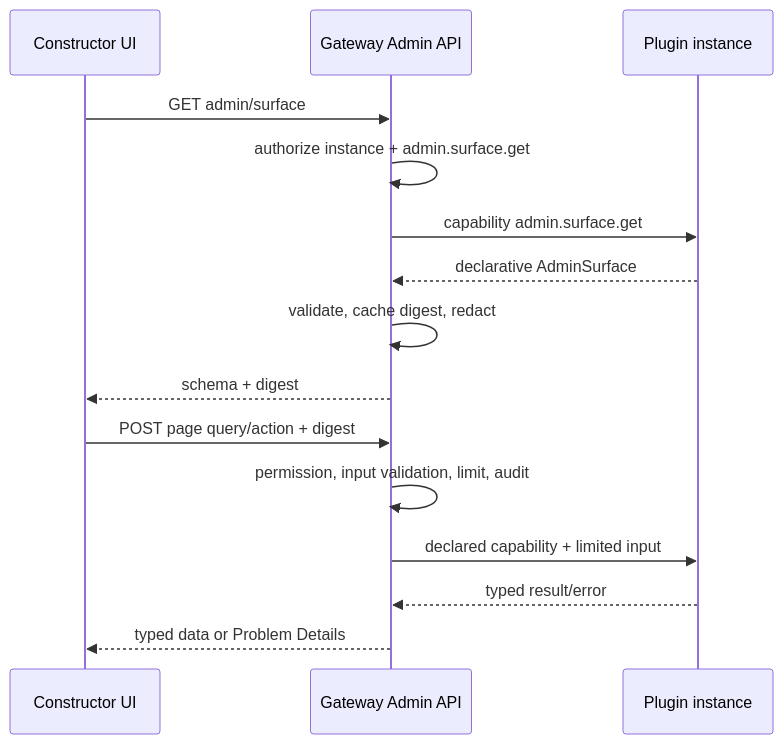
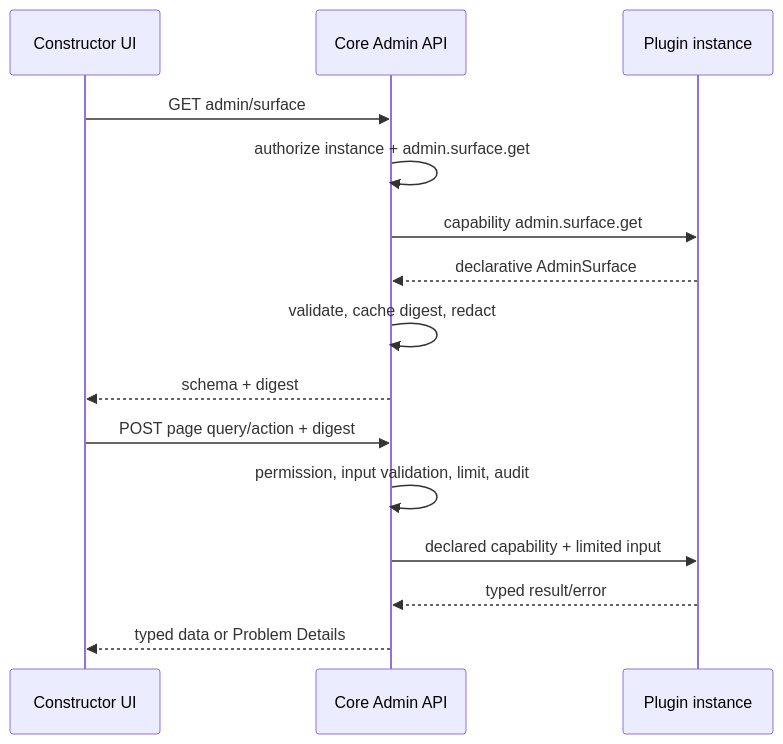
The diagram in diagrams/plugin-admin-page-flow.mmd (Liapoldus/liapoldus.github.io), drawn with Mermaid before and after one commit. The commit also changed 171 other files, not shown here.

```diff
--- a/diagrams/plugin-admin-page-flow.mmd
+++ b/diagrams/plugin-admin-page-flow.mmd
@@ -1,15 +1,15 @@
 sequenceDiagram
   participant C as Constructor UI
-  participant G as Gateway Admin API
+  participant G as Core Admin API
   participant P as Plugin instance
   C->>G: GET admin/surface
   G->>G: authorize instance + admin.surface.get
   G->>P: capability admin.surface.get
   P-->>G: declarative AdminSurface
   G->>G: validate, cache digest, redact
   G-->>C: schema + digest
   C->>G: POST page query/action + digest
   G->>G: permission, input validation, limit, audit
   G->>P: declared capability + limited input
   P-->>G: typed result/error
   G-->>C: typed data or Problem Details
```
